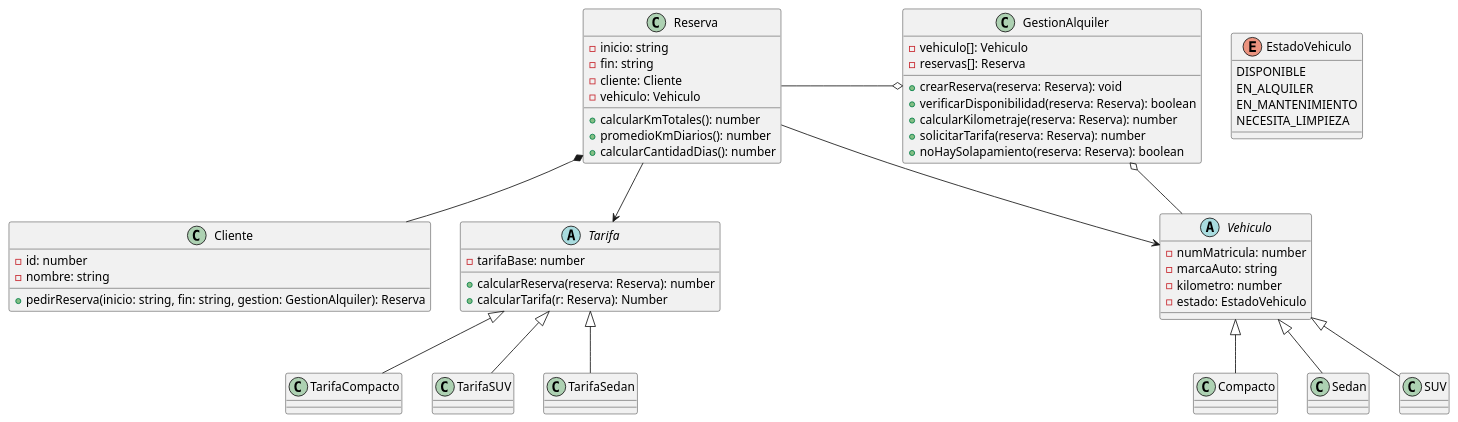
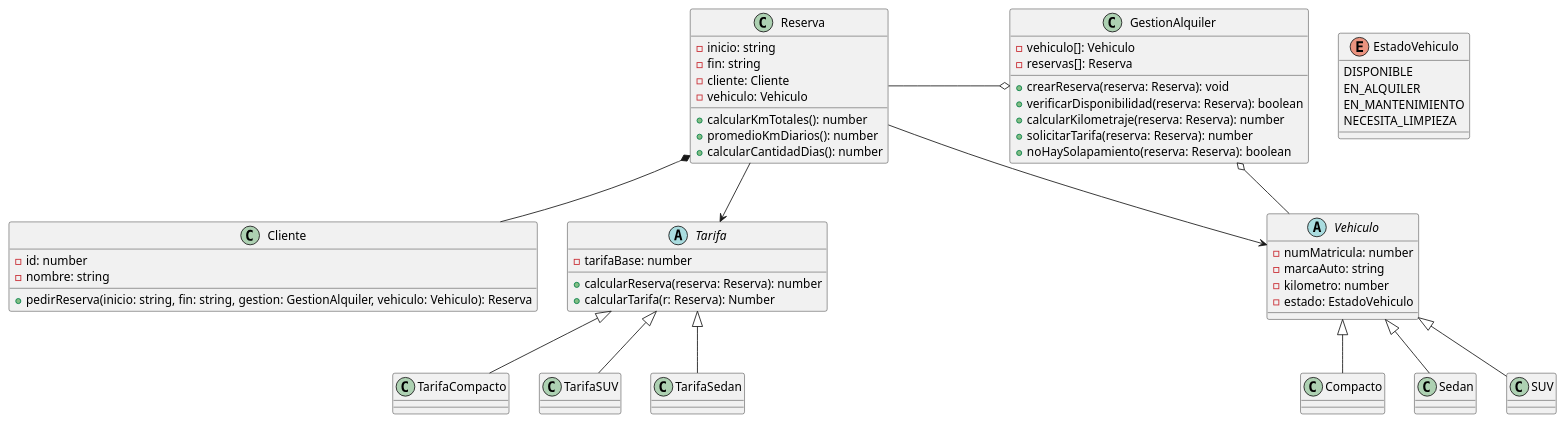
The diagram in diagrama/Diagrama_de_clases.puml (Nash-Blip/Programaci-n-II), drawn with PlantUML before and after one commit.

Commit message:
Modificacion diagrama
agregue en la parte de + pedirReserva que este vehiculo: Vehiculo porq lo tendria q elegir el cliente(?

```diff
--- a/diagrama/Diagrama_de_clases.puml
+++ b/diagrama/Diagrama_de_clases.puml
@@ -1,84 +1,84 @@
 @startuml practico
 
 class GestionAlquiler{
     - vehiculo[]: Vehiculo
     - reservas[]: Reserva
     + crearReserva(reserva: Reserva): void
     + verificarDisponibilidad(reserva: Reserva): boolean
     + calcularKilometraje(reserva: Reserva): number
     + solicitarTarifa(reserva: Reserva): number
     + noHaySolapamiento(reserva: Reserva): boolean
 }
 
 enum EstadoVehiculo {
   DISPONIBLE
   EN_ALQUILER
   EN_MANTENIMIENTO
   NECESITA_LIMPIEZA
 }
 
 class Cliente{
     - id: number
     - nombre: string
-    + pedirReserva(inicio: string, fin: string, gestion: GestionAlquiler): Reserva
+    + pedirReserva(inicio: string, fin: string, gestion: GestionAlquiler, vehiculo: Vehiculo): Reserva
 }
 
 class Reserva{
     - inicio: string
     - fin: string
     - cliente: Cliente
     - vehiculo: Vehiculo
     
     +calcularKmTotales(): number
     +promedioKmDiarios(): number
     +calcularCantidadDias(): number
 
 }
 
 abstract class Vehiculo{
     - numMatricula: number
     - marcaAuto: string
     - kilometro: number
     - estado: EstadoVehiculo
 }
 
 class Compacto extends Vehiculo
 class Sedan extends Vehiculo
 class SUV extends Vehiculo
 
 abstract class Tarifa{
     - tarifaBase: number
     + calcularReserva(reserva: Reserva): number
     + calcularTarifa(r: Reserva): Number
 }
 
 class TarifaCompacto extends Tarifa
 class TarifaSUV extends Tarifa
 class TarifaSedan extends Tarifa
 
 GestionAlquiler o-r- Vehiculo
 GestionAlquiler o-l- Reserva
 Reserva --> Tarifa
 Reserva --> Vehiculo
 Reserva *-- Cliente
 
 note right of TarifaCompacto::calcularReserva
 Base: $30 * días
 + exceso si >100km/día
 end note
 
 note right of TarifaSedan::calcularReserva
 Base: $50 * días
 + $0.20 por km total
 end note
 
 note right of TarifaSUV::calcularReserva
 Base: ($80 + $15 seguro) * días
 + exceso si >500 km total
 end note
 
 note left of Reserva::getKmDiarios()
 devuelve el promedio de km recorridos por dia (KmTotales/cantidad de dias)
 end note
 
 @enduml
```
